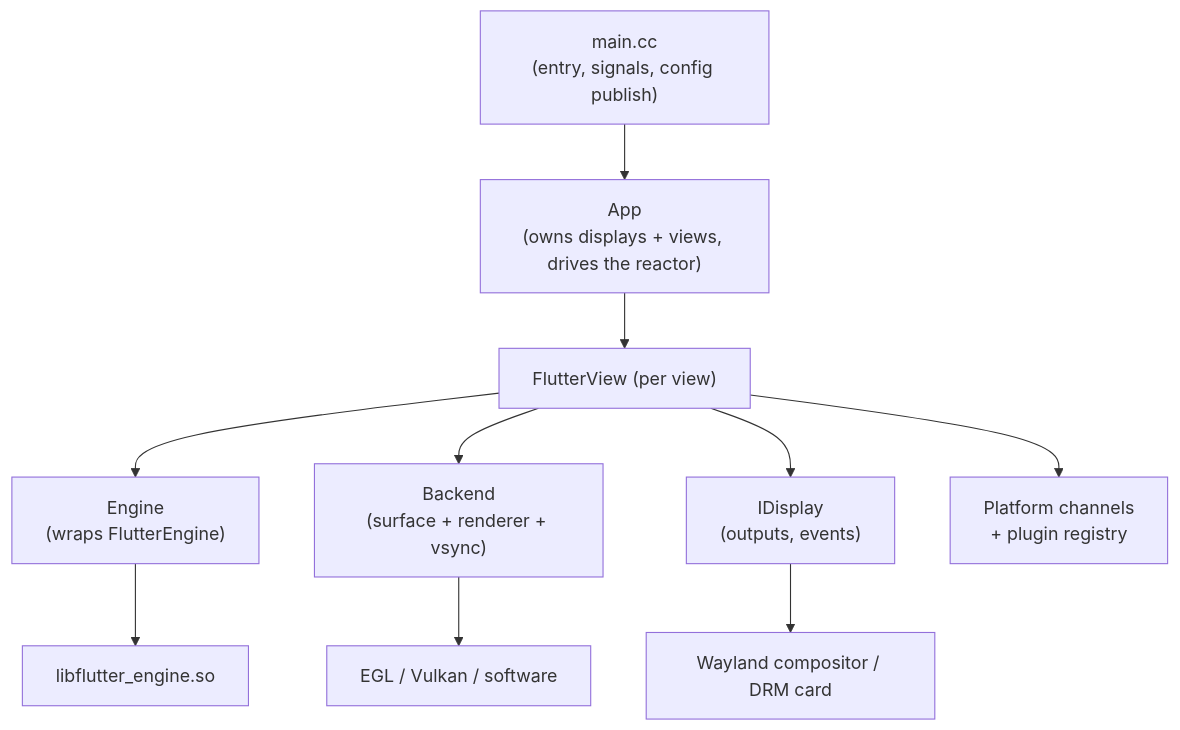
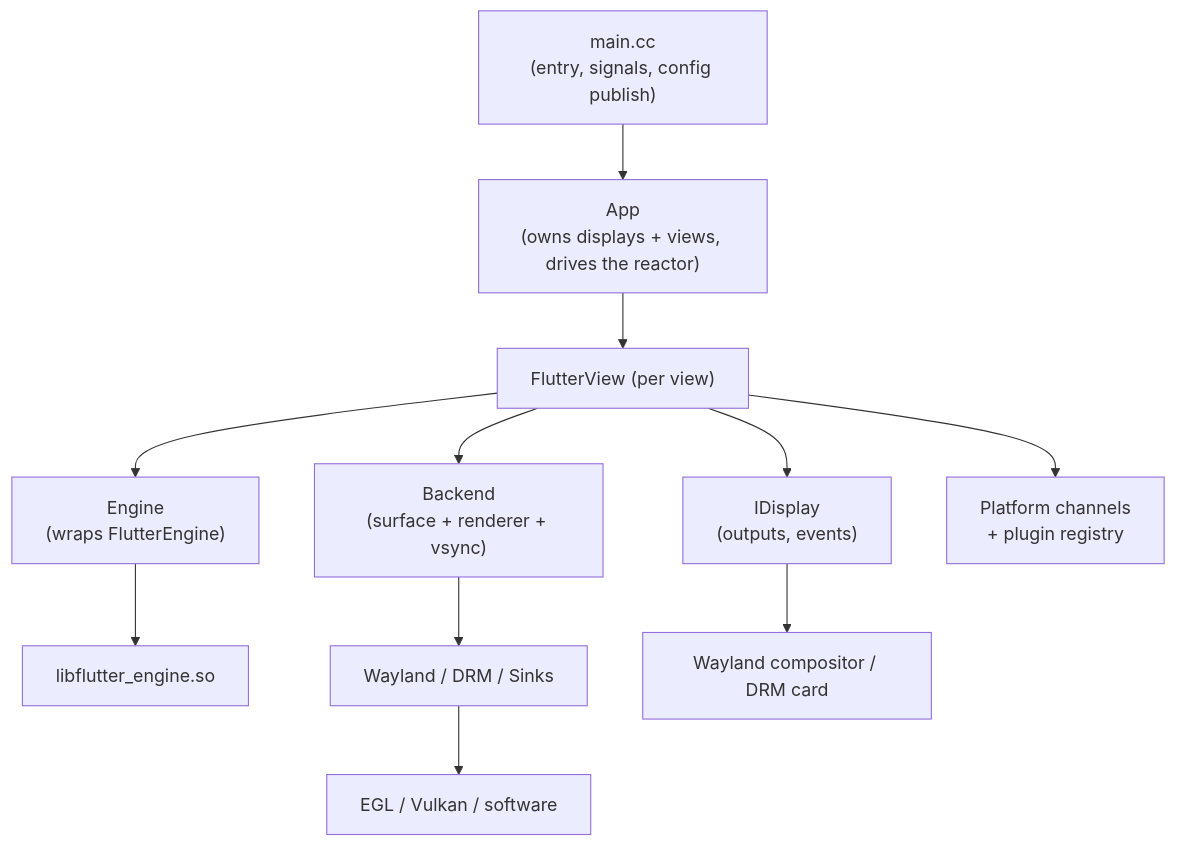
The diagram in docs/specs/ARCHITECTURE.md (toyota-connected/ivi-homescreen), drawn with Mermaid before and after one commit. The commit also changed other lines of this file and 1 other file, not shown here.

````diff
--- a/docs/specs/ARCHITECTURE.md
+++ b/docs/specs/ARCHITECTURE.md
@@ -72,12 +76,12 @@
 ```mermaid
 flowchart TD
     main["main.cc\n(entry, signals, config publish)"] --> App
     App["App\n(owns displays + views, drives the reactor)"] --> View["FlutterView (per view)"]
     View --> Engine["Engine\n(wraps FlutterEngine)"]
     View --> Backend["Backend\n(surface + renderer + vsync)"]
     View --> Display["IDisplay\n(outputs, events)"]
     Engine --> FE["libflutter_engine.so"]
-    Backend --> Renderer["EGL / Vulkan / software"]
+    Backend --> Backends["Wayland / DRM / Sinks"] --> Renderer["EGL / Vulkan / software"]
     Display --> HW["Wayland compositor / DRM card"]
     View --> Platform["Platform channels\n+ plugin registry"]
 ```
````
